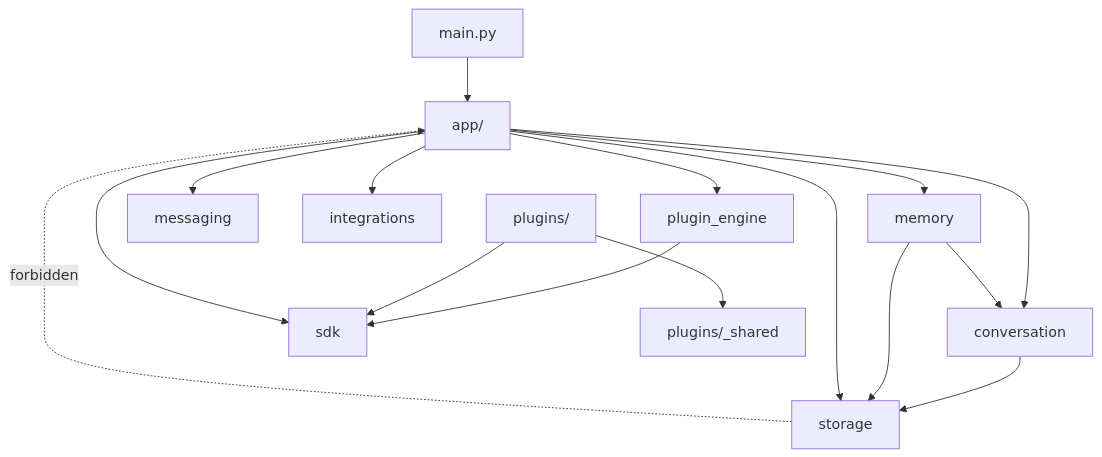
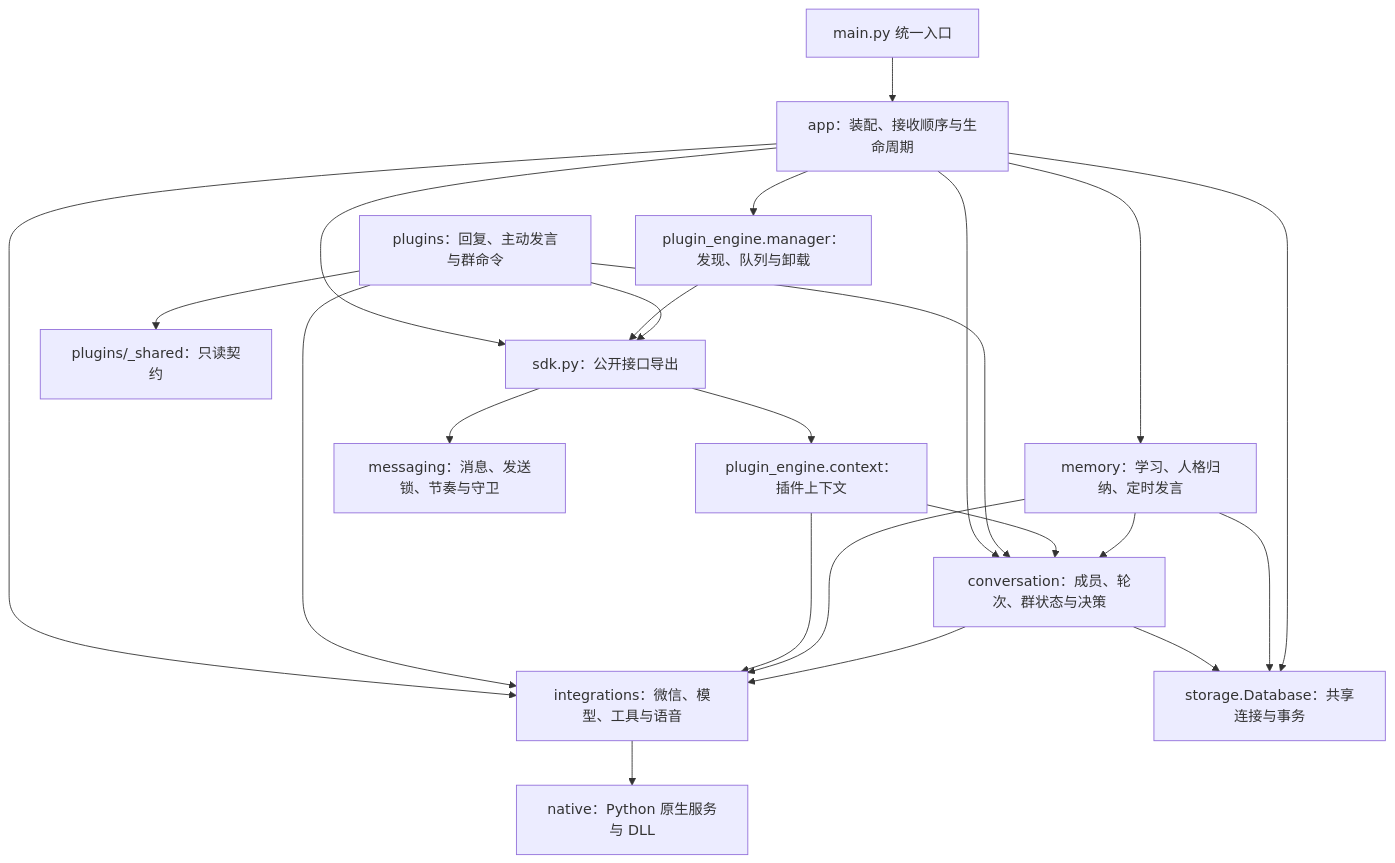
The diagram in docs/diagrams/layers.mmd (Inmata/helper), drawn with Mermaid before and after one commit. The commit also changed 6 other files, not shown here.

Commit message:
docs(architecture): 同步消息链路与资源归属

```diff
--- a/docs/diagrams/layers.mmd
+++ b/docs/diagrams/layers.mmd
@@ -1,18 +1,23 @@
-graph TD
-    main[main.py] --> app[app/]
-    app --> engine[plugin_engine]
-    app --> conversation[conversation]
-    app --> memory[memory]
-    app --> messaging[messaging]
-    app --> integrations[integrations]
+flowchart TD
+    main["main.py 统一入口"] --> app["app：装配、接收顺序与生命周期"]
+    app --> engine["plugin_engine.manager：发现、队列与卸载"]
+    app --> memory["memory：学习、人格归纳、定时发言"]
+    app --> conversation["conversation：成员、轮次、群状态与决策"]
+    app --> adapters["integrations：微信、模型、工具与语音"]
+    app --> sdk["sdk.py：公开接口导出"]
+    engine --> sdk
+    plugins["plugins：回复、主动发言与群命令"] --> sdk
+    plugins --> conversation
+    plugins --> adapters
+    plugins --> shared["plugins/_shared：只读契约"]
+    sdk --> context["plugin_engine.context：插件上下文"]
+    sdk --> messaging["messaging：消息、发送锁、节奏与守卫"]
+    context --> conversation
+    context --> adapters
     memory --> conversation
-    conversation --> storage[storage]
+    memory --> adapters
+    conversation --> adapters
+    conversation --> storage["storage.Database：共享连接与事务"]
     memory --> storage
-    engine --> sdk[sdk]
-    plugins[plugins/] --> sdk
-    plugins --> shared["plugins/_shared"]
     app --> storage
-    app --> sdk
-
-    %% 禁止方向：底层不得导入 app，由 tests/test_architecture.py 静态检查。
-    storage -.->|forbidden| app
+    adapters --> native["native：Python 原生服务与 DLL"]
```
